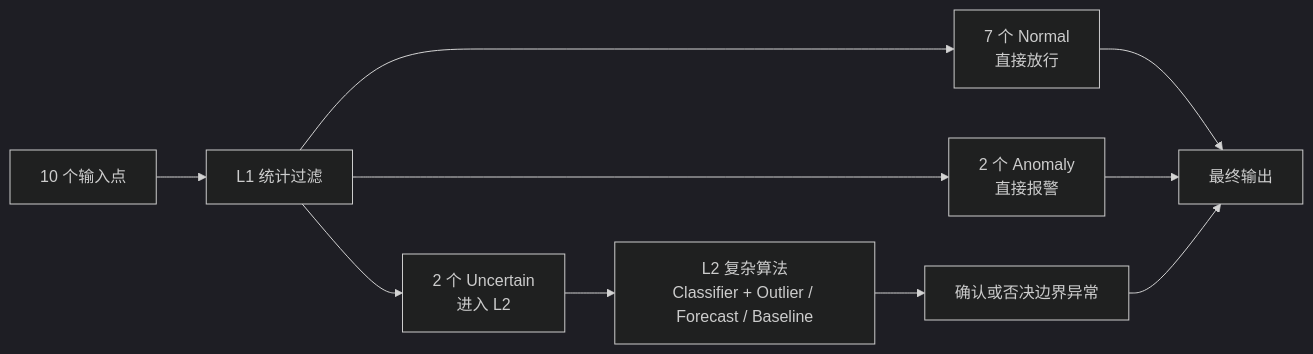
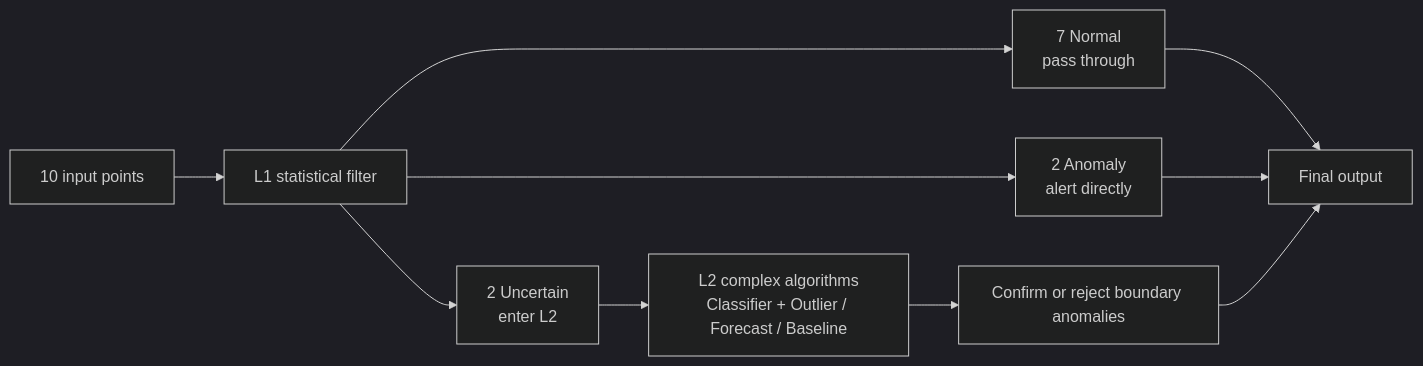
Before and after one commit to IBUMBLEBEE/grafana-alert4ml-datasource: the fourth of 4 diagrams in docs/funnel_algorithm.md, drawn with Mermaid (dark theme). The commit also changed other lines of this file and 15 other files, not shown here.

````diff
--- a/docs/funnel_algorithm.md
+++ b/docs/funnel_algorithm.md
@@ -145,15 +145,15 @@
 ```mermaid
 flowchart LR
-    A["10 个输入点"] --> B["L1 统计过滤"]
+    A["10 input points"] --> B["L1 statistical filter"]
 
-    B --> C["7 个 Normal<br/>直接放行"]
-    B --> D["2 个 Anomaly<br/>直接报警"]
-    B --> E["2 个 Uncertain<br/>进入 L2"]
+    B --> C["7 Normal<br/>pass through"]
+    B --> D["2 Anomaly<br/>alert directly"]
+    B --> E["2 Uncertain<br/>enter L2"]
 
-    E --> F["L2 复杂算法<br/>Classifier + Outlier / Forecast / Baseline"]
-    F --> G["确认或否决边界异常"]
+    E --> F["L2 complex algorithms<br/>Classifier + Outlier / Forecast / Baseline"]
+    F --> G["Confirm or reject boundary anomalies"]
 
-    C --> H["最终输出"]
+    C --> H["Final output"]
     D --> H
     G --> H
 ```
````
